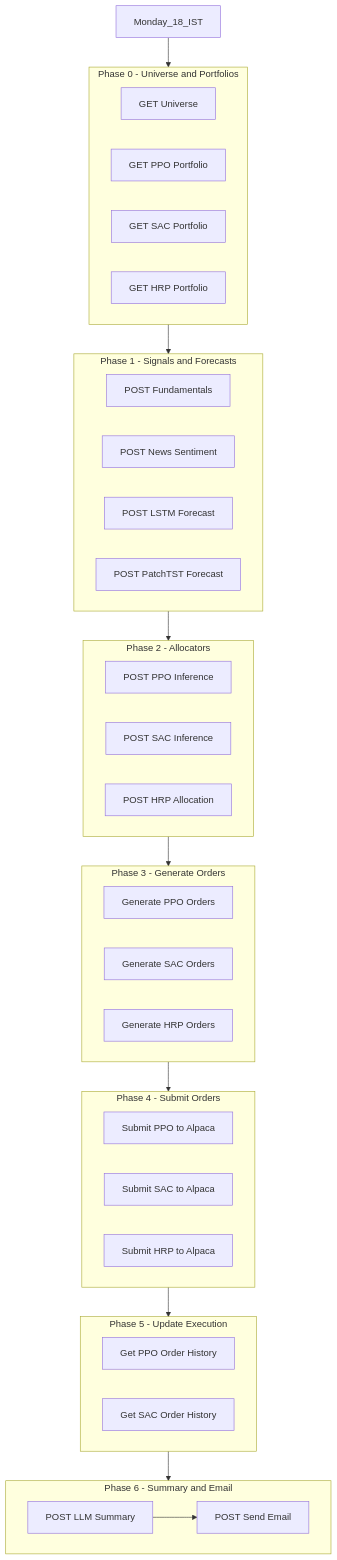
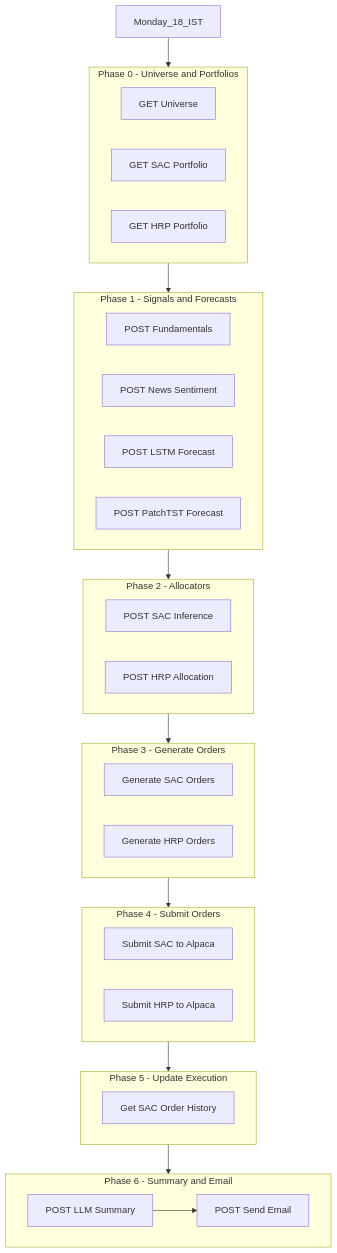
The third of 4 diagrams in README.md (hajirazin/LearnFinance-2025), drawn with Mermaid before and after one commit. The commit also changed other lines of this file and 125 other files, not shown here.

````diff
--- a/README.md
+++ b/README.md
@@ -255,58 +240,53 @@
 ```mermaid
 flowchart TD
     Trigger[Monday_18_IST] --> Phase0
 
     subgraph Phase0[Phase 0 - Universe and Portfolios]
         GetUniverse[GET Universe]
-        GetPPO[GET PPO Portfolio]
         GetSAC[GET SAC Portfolio]
         GetHRP[GET HRP Portfolio]
     end
 
     Phase0 --> Phase1
 
     subgraph Phase1[Phase 1 - Signals and Forecasts]
         Fundamentals[POST Fundamentals]
         NewsSentiment[POST News Sentiment]
         LSTMForecast[POST LSTM Forecast]
         PatchTSTForecast[POST PatchTST Forecast]
     end
 
     Phase1 --> Phase2
 
     subgraph Phase2[Phase 2 - Allocators]
-        PPO[POST PPO Inference]
         SAC[POST SAC Inference]
         HRP[POST HRP Allocation]
     end
 
     Phase2 --> Phase3
 
     subgraph Phase3[Phase 3 - Generate Orders]
-        OrdersPPO[Generate PPO Orders]
         OrdersSAC[Generate SAC Orders]
         OrdersHRP[Generate HRP Orders]
     end
 
     Phase3 --> Phase4
 
     subgraph Phase4[Phase 4 - Submit Orders]
-        SubmitPPO[Submit PPO to Alpaca]
         SubmitSAC[Submit SAC to Alpaca]
         SubmitHRP[Submit HRP to Alpaca]
     end
 
     Phase4 --> Phase5
 
     subgraph Phase5[Phase 5 - Update Execution]
-        HistoryPPO[Get PPO Order History]
         HistorySAC[Get SAC Order History]
     end
 
     Phase5 --> Phase6
 
     subgraph Phase6[Phase 6 - Summary and Email]
         Summary[POST LLM Summary]
         Summary --> SendEmail[POST Send Email]
     end
 ```
````
